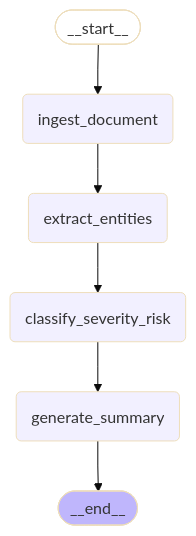
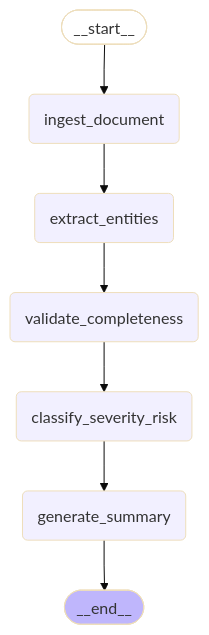
The diagram in backend/agent_graph_diagram.md (POSHANMS/complaint-copilot-ai), drawn with Mermaid (base theme) before and after one commit. The commit also changed other lines of this file and 5 other files, not shown here.

Commit message:
feat(agent): add validate_completeness node + completeness UI card

````diff
--- a/backend/agent_graph_diagram.md
+++ b/backend/agent_graph_diagram.md
@@ -7,23 +7,25 @@
 ```mermaid
 ---
 config:
   flowchart:
     curve: linear
 ---
 graph TD;
 	__start__([<p>__start__</p>]):::first
 	ingest_document(ingest_document)
 	extract_entities(extract_entities)
+	validate_completeness(validate_completeness)
 	classify_severity_risk(classify_severity_risk)
 	generate_summary(generate_summary)
 	__end__([<p>__end__</p>]):::last
 	__start__ --> ingest_document;
 	classify_severity_risk --> generate_summary;
-	extract_entities --> classify_severity_risk;
+	extract_entities --> validate_completeness;
 	ingest_document --> extract_entities;
+	validate_completeness --> classify_severity_risk;
 	generate_summary --> __end__;
 	classDef default fill:#f2f0ff,line-height:1.2
 	classDef first fill-opacity:0
 	classDef last fill:#bfb6fc
 
 ```
````
